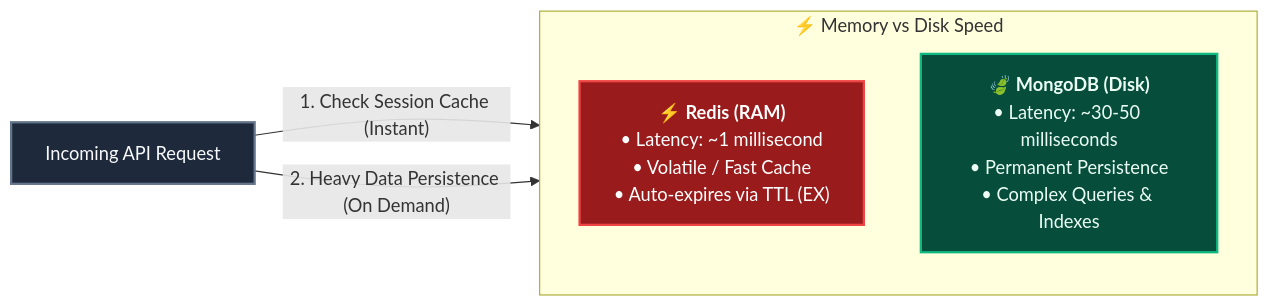
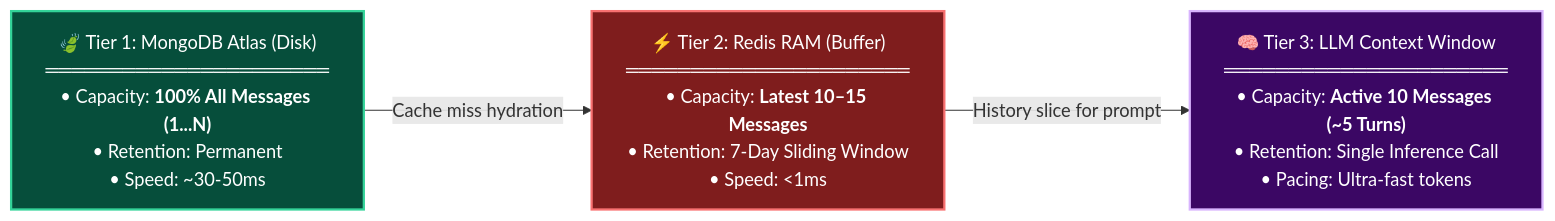
The second of 3 diagrams in backend/shared/redis/README.md (itscoderprince/Agentic-ai), drawn with Mermaid before and after one commit. The commit also changed other lines of this file and 45 other files, not shown here.

````diff
--- a/backend/shared/redis/README.md
+++ b/backend/shared/redis/README.md
@@ -11,18 +76,15 @@
 ```mermaid
 flowchart LR
-    %% Styling
-    classDef client fill:#1e293b,stroke:#64748b,stroke-width:2px,color:#f8fafc;
-    classDef ram fill:#991b1b,stroke:#ef4444,stroke-width:2px,color:#ffffff;
-    classDef disk fill:#064e3b,stroke:#10b981,stroke-width:2px,color:#ecfdf5;
+    classDef dbStyle fill:#064e3b,stroke:#34d399,stroke-width:2px,color:#ffffff;
+    classDef ramStyle fill:#7f1d1d,stroke:#f87171,stroke-width:2px,color:#ffffff;
+    classDef llmStyle fill:#3b0764,stroke:#d8b4fe,stroke-width:2px,color:#ffffff;
 
-    REQ["Incoming API Request"]:::client
+    TIER1["🍃 Tier 1: MongoDB Atlas (Disk)<br/>══════════════════════<br/>• Capacity: <b>100% All Messages (1...N)</b><br/>• Retention: Permanent<br/>• Speed: ~30-50ms"]:::dbStyle
 
-    subgraph SpeedComparison ["⚡ Memory vs Disk Speed"]
-        direction TB
-        REDIS["⚡ <b>Redis (RAM)</b><br/>• Latency: ~1 millisecond<br/>• Volatile / Fast Cache<br/>• Auto-expires via TTL (EX)"]:::ram
-        MONGO["🍃 <b>MongoDB (Disk)</b><br/>• Latency: ~30-50 milliseconds<br/>• Permanent Persistence<br/>• Complex Queries & Indexes"]:::disk
-    end
+    TIER2["⚡ Tier 2: Redis RAM (Buffer)<br/>══════════════════════<br/>• Capacity: <b>Latest 10–15 Messages</b><br/>• Retention: 7-Day Sliding Window<br/>• Speed: &lt;1ms"]:::ramStyle
 
-    REQ -->|"1. Check Session Cache (Instant)"| REDIS
-    REQ -->|"2. Heavy Data Persistence (On Demand)"| MONGO
+    TIER3["🧠 Tier 3: LLM Context Window<br/>══════════════════════<br/>• Capacity: <b>Active 10 Messages (~5 Turns)</b><br/>• Retention: Single Inference Call<br/>• Pacing: Ultra-fast tokens"]:::llmStyle
+
+    TIER1 -->|"Cache miss hydration"| TIER2
+    TIER2 -->|"History slice for prompt"| TIER3
 ```
````
